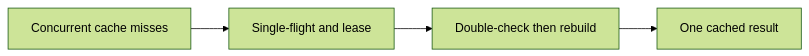
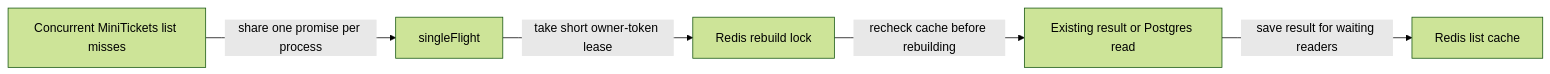
The diagram in docs/handbook/concepts/cache-stampede.md (maheshnd/minitickets), drawn with Mermaid (forest theme) before and after one commit. The commit also changed other lines of this file and 119 other files, not shown here.

````diff
--- a/docs/handbook/concepts/cache-stampede.md
+++ b/docs/handbook/concepts/cache-stampede.md
@@ -17,7 +19,7 @@
 ```mermaid
 flowchart LR
-    n0["Concurrent cache misses"] --> n1
-    n1["Single-flight and lease"] --> n2
-    n2["Double-check then rebuild"] --> n3
-    n3["One cached result"]
+    A["Concurrent MiniTickets list misses"] -->|"share one promise per process"| S["singleFlight"]
+    S -->|"take short owner-token lease"| R["Redis rebuild lock"]
+    R -->|"recheck cache before rebuilding"| C["Existing result or Postgres read"]
+    C -->|"save result for waiting readers"| V["Redis list cache"]
 ```
````
